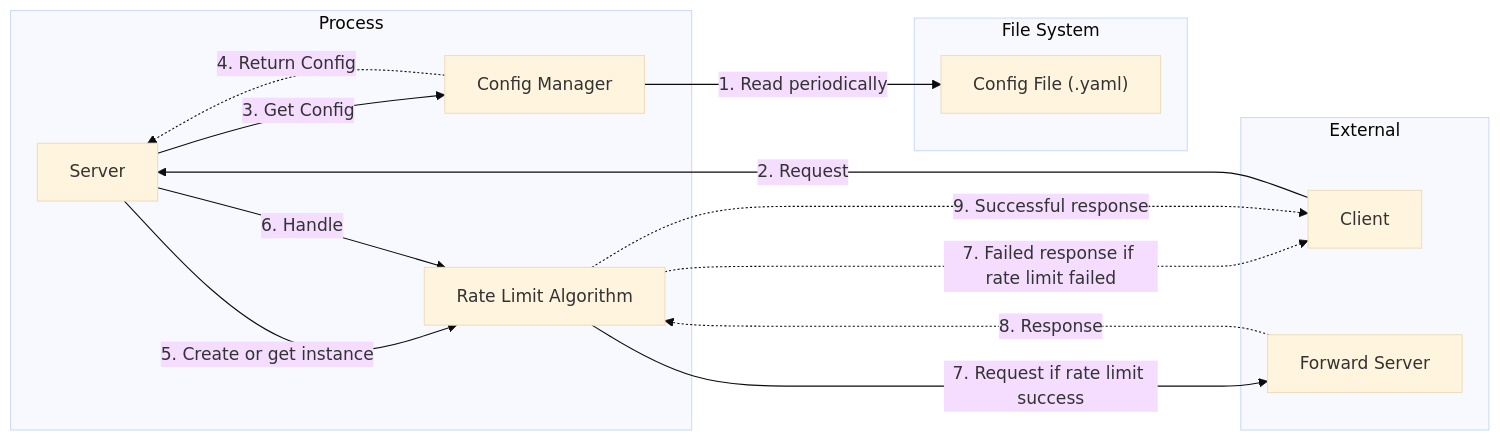
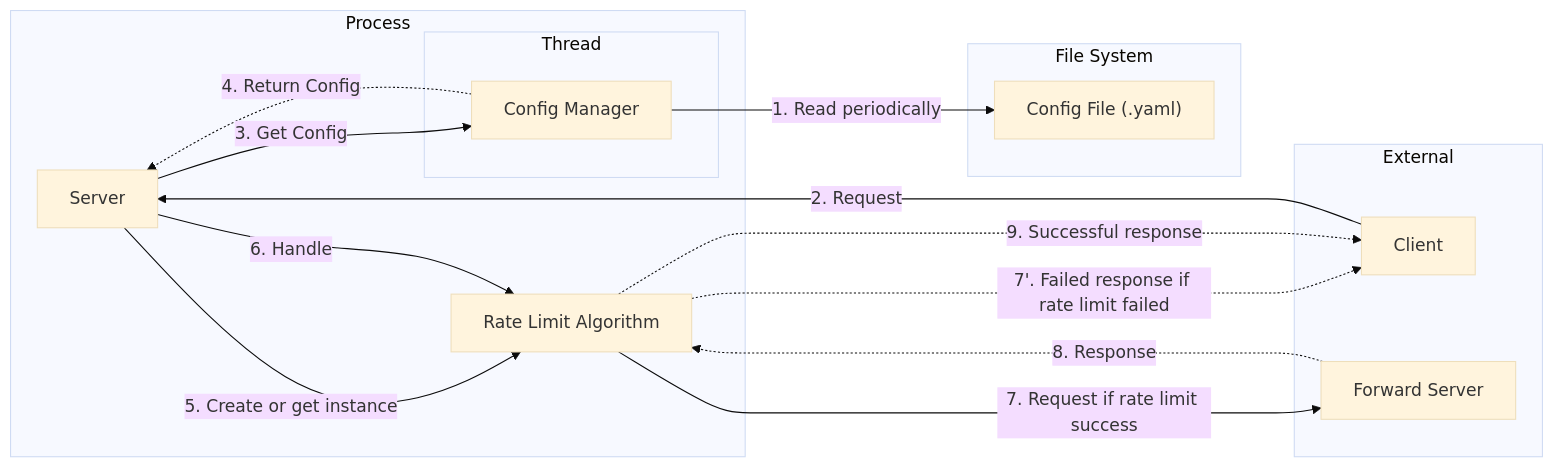
One commit to heumsi/implementing-system-design-interview changed the second of 5 diagrams in 04-design-a-rate-limiter/README.md. Above: the diagram before and after it, drawn with Mermaid (base theme). The commit also changed other lines of this file, not shown here.

````diff
--- a/04-design-a-rate-limiter/README.md
+++ b/04-design-a-rate-limiter/README.md
@@ -230,26 +230,28 @@
 ```mermaid
 graph LR
     subgraph Process
         s[Server]
-        cm[Config Manager]
+        subgraph Thread
+            cm[Config Manager]
+        end
         rla[Rate Limit Algorithm]
     end
 
     subgraph External
         c[Client]
         fs[Forward Server]
     end
 
     subgraph File System
         cy["Config File (.yaml)"]
     end
 
     cm -- "1. Read periodically" --> cy
     c -- "2. Request" --> s
     s -- "3. Get Config" --> cm -. "4. Return Config" .-> s
     s -- "5. Create or get instance" --> rla
     s -- "6. Handle" --> rla
     rla -- "7. Request if rate limit success" ---> fs -. "8. Response" .-> rla
-    rla -. "7. Failed response if rate limit failed" -.-> c
+    rla -. "7'. Failed response if rate limit failed" -.-> c
     rla -. "9. Successful response " -.-> c
 ```
````
